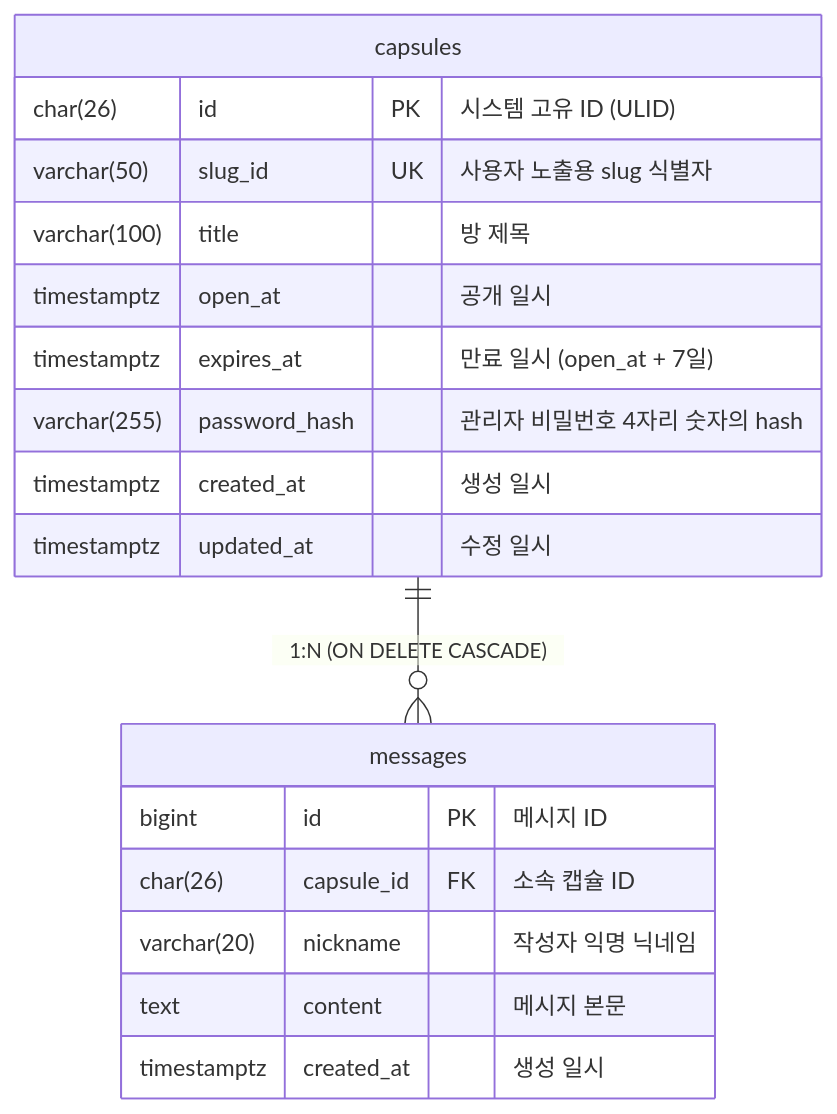
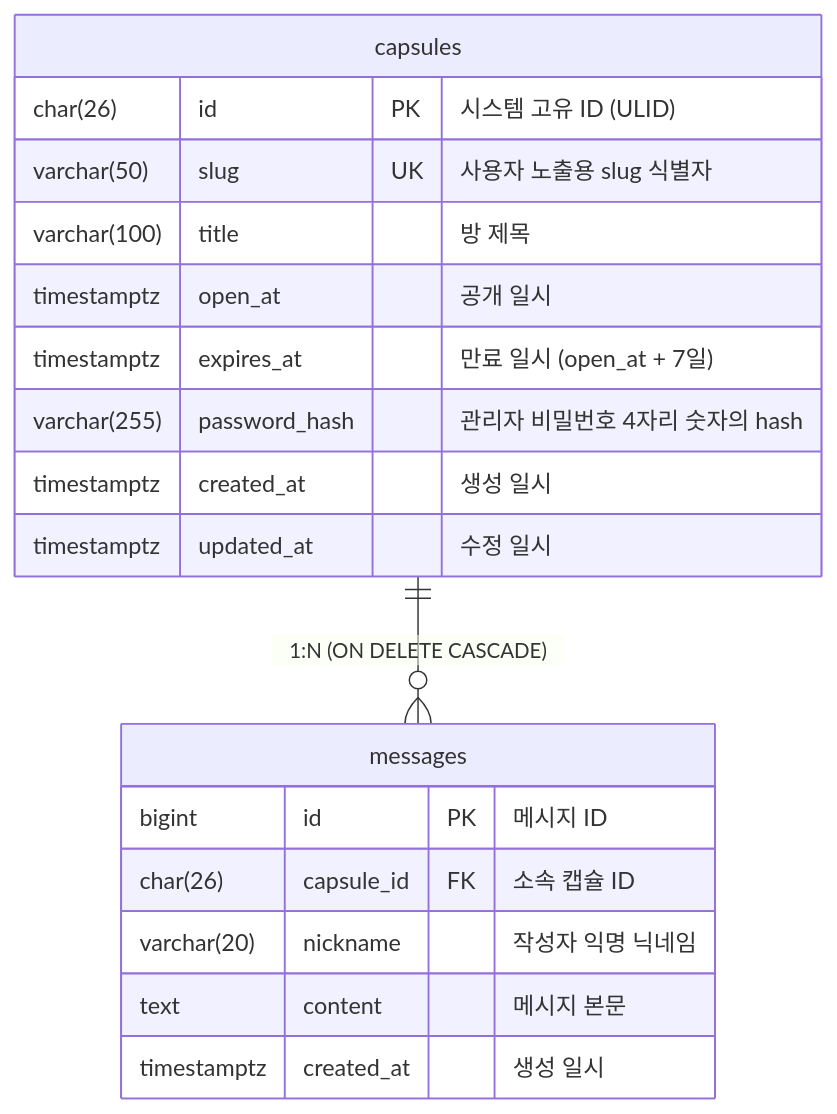
The diagram in docs/ERD.md (prgrms-fullcycle-devcourse/webfull_9_10_Sabujak_BE), drawn with Mermaid before and after one commit. The commit also changed other lines of this file, not shown here.

Commit message:
Chore: slugId를 slug로 수정 (#33)

````diff
--- a/docs/ERD.md
+++ b/docs/ERD.md
@@ -14,23 +14,23 @@
 ```mermaid
 erDiagram
     capsules {
         char(26) id PK "시스템 고유 ID (ULID)"
-        varchar(50) slug_id UK "사용자 노출용 slug 식별자"
+        varchar(50) slug UK "사용자 노출용 slug 식별자"
         varchar(100) title "방 제목"
         timestamptz open_at "공개 일시"
         timestamptz expires_at "만료 일시 (open_at + 7일)"
         varchar(255) password_hash "관리자 비밀번호 4자리 숫자의 hash"
         timestamptz created_at "생성 일시"
         timestamptz updated_at "수정 일시"
     }
 
     messages {
         bigint id PK "메시지 ID"
         char(26) capsule_id FK "소속 캡슐 ID"
         varchar(20) nickname "작성자 익명 닉네임"
         text content "메시지 본문"
         timestamptz created_at "생성 일시"
     }
 
     capsules ||--o{ messages : "1:N (ON DELETE CASCADE)"
 ```
````
